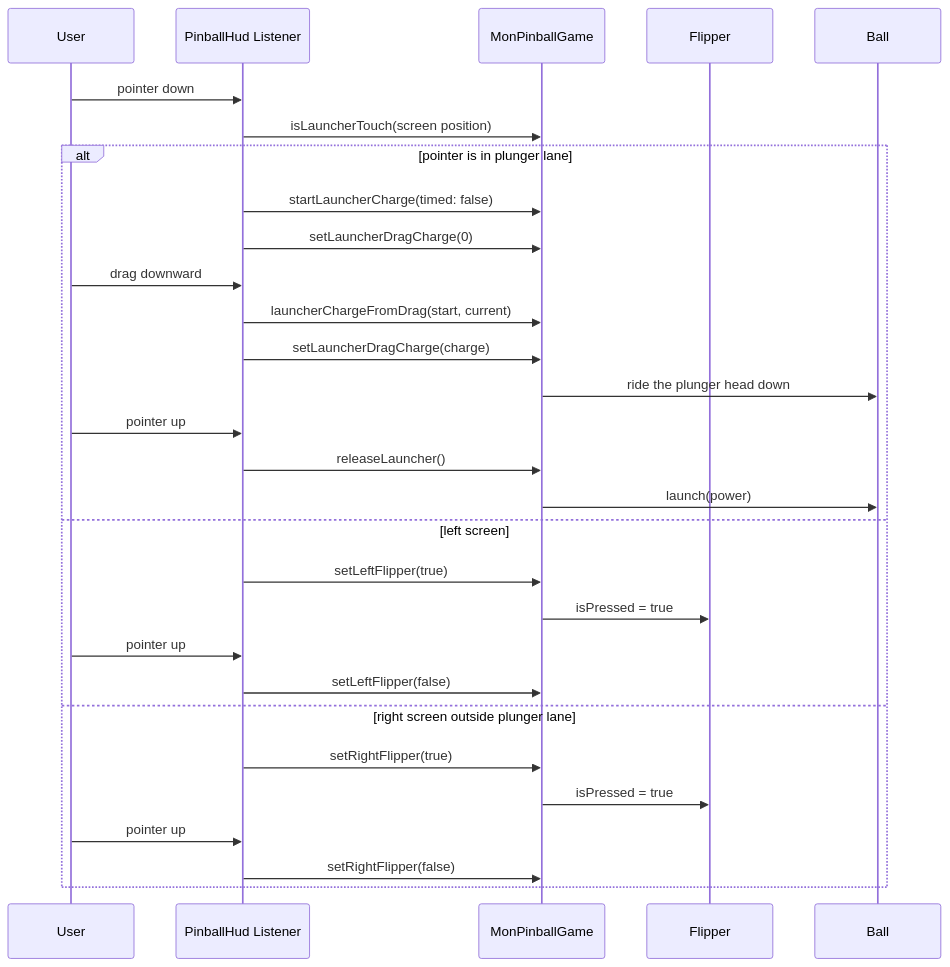
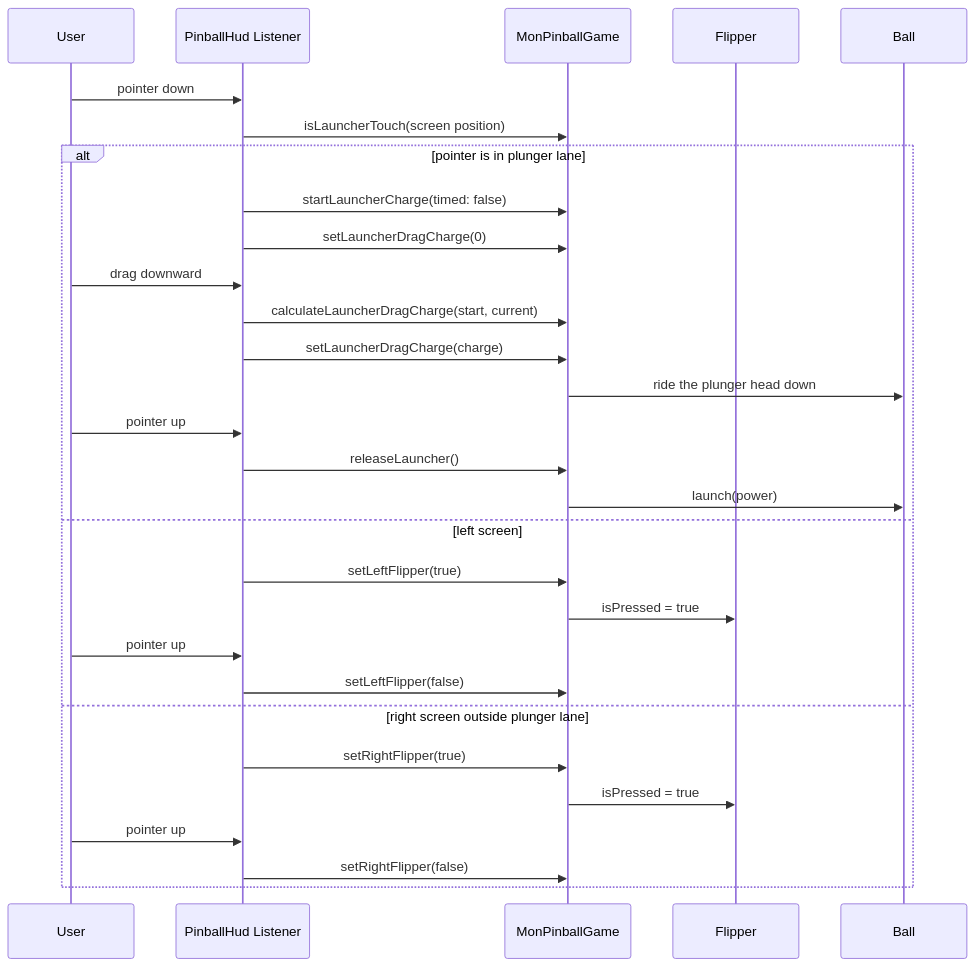
The third of 8 diagrams in README.ko.md (cassiadev/mon_pinball), drawn with Mermaid before and after one commit. The commit also changed other lines of this file and 21 other files, not shown here.

````diff
--- a/README.ko.md
+++ b/README.ko.md
@@ -425,33 +425,33 @@
 ```mermaid
 sequenceDiagram
   participant User
   participant HUD as PinballHud Listener
   participant Game as MonPinballGame
   participant Flipper
   participant Ball
 
   User->>HUD: pointer down
   HUD->>Game: isLauncherTouch(screen position)
 
   alt pointer is in plunger lane
     HUD->>Game: startLauncherCharge(timed: false)
     HUD->>Game: setLauncherDragCharge(0)
     User->>HUD: drag downward
-    HUD->>Game: launcherChargeFromDrag(start, current)
+    HUD->>Game: calculateLauncherDragCharge(start, current)
     HUD->>Game: setLauncherDragCharge(charge)
     Game->>Ball: ride the plunger head down
     User->>HUD: pointer up
     HUD->>Game: releaseLauncher()
     Game->>Ball: launch(power)
   else left screen
     HUD->>Game: setLeftFlipper(true)
     Game->>Flipper: isPressed = true
     User->>HUD: pointer up
     HUD->>Game: setLeftFlipper(false)
   else right screen outside plunger lane
     HUD->>Game: setRightFlipper(true)
     Game->>Flipper: isPressed = true
     User->>HUD: pointer up
     HUD->>Game: setRightFlipper(false)
   end
 ```
````
